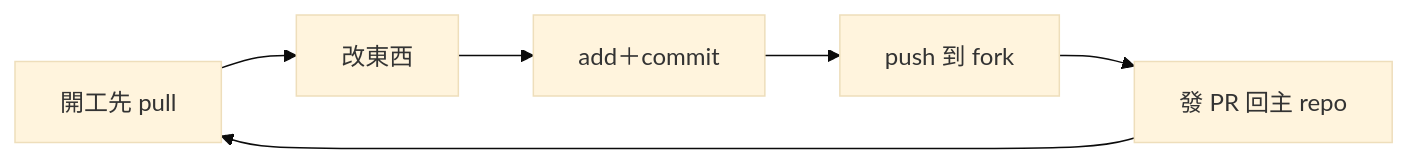
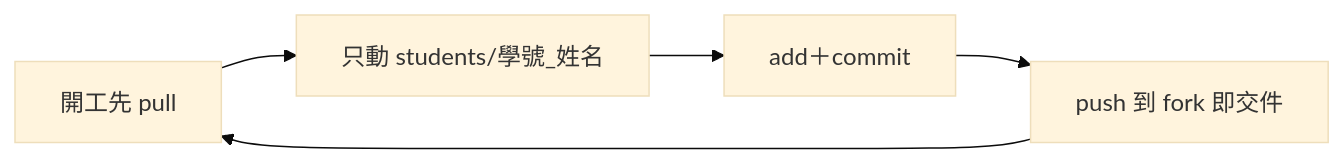
Before and after one commit to h30190/2026_TUT_Interior_with_AI_Course: the first of 2 diagrams in 20260919/README.md, drawn with Mermaid (base theme). The commit also changed other lines of this file and 7 other files, not shown here.

Commit message:
docs: personal fork workflow, students workspace, Antigravity+OpenCode

````diff
--- a/20260919/README.md
+++ b/20260919/README.md
@@ -61,6 +59,5 @@
 ```mermaid
 flowchart LR
-    A[開工先 pull] --> B[改東西] --> C[add＋commit] --> D[push 到 fork]
-    D --> E[發 PR 回主 repo]
-    E --> A
+    A[開工先 pull] --> B[只動 students/學號_姓名] --> C[add＋commit] --> D[push 到 fork 即交件]
+    D --> A
 ```
````
